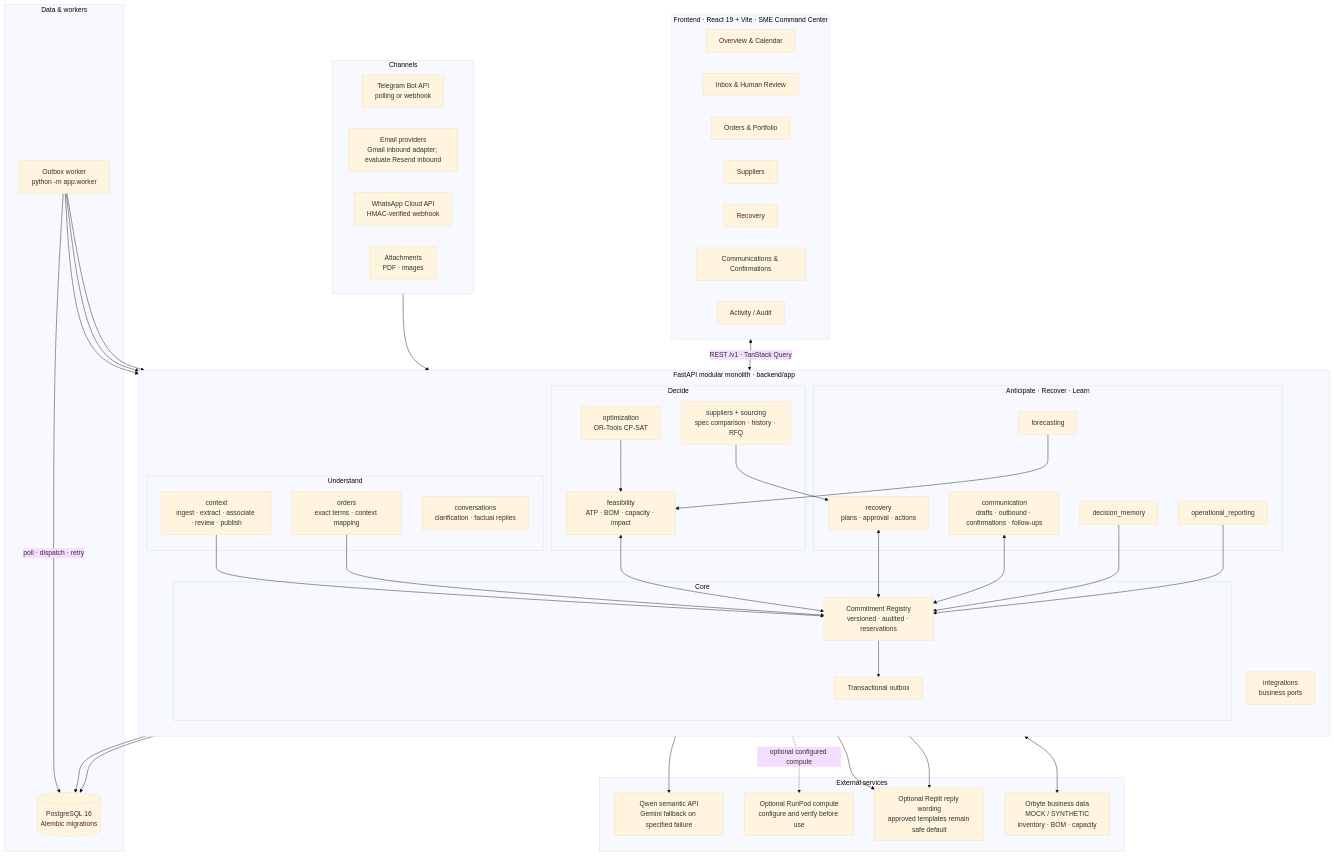
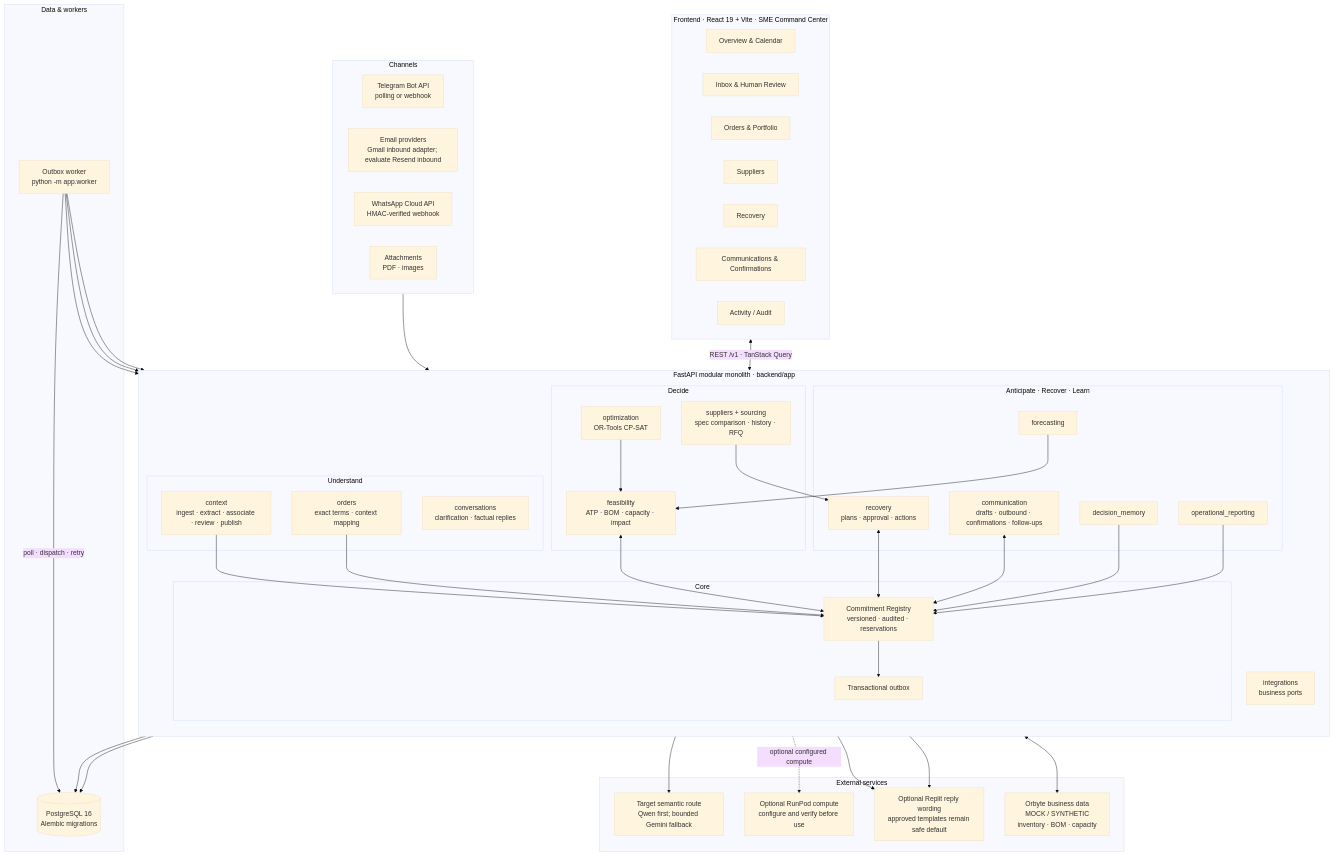
The third of 8 diagrams in README.md (jiahui-1101/MouManTAI), drawn with Mermaid (base theme) before and after one commit. The commit also changed other lines of this file, not shown here.

```diff
--- a/README.md
+++ b/README.md
@@ -252,7 +247,7 @@
     end
 
     subgraph EXT["External services"]
-        LLM["Qwen semantic API<br/>Gemini fallback on specified failure"]
+        LLM["Target semantic route<br/>Qwen first; bounded Gemini fallback"]
         RP["Optional RunPod compute<br/>configure and verify before use"]
         RAI["Optional Replit reply wording<br/>approved templates remain safe default"]
         ORB["Orbyte business data<br/>MOCK / SYNTHETIC<br/>inventory · BOM · capacity"]
```
